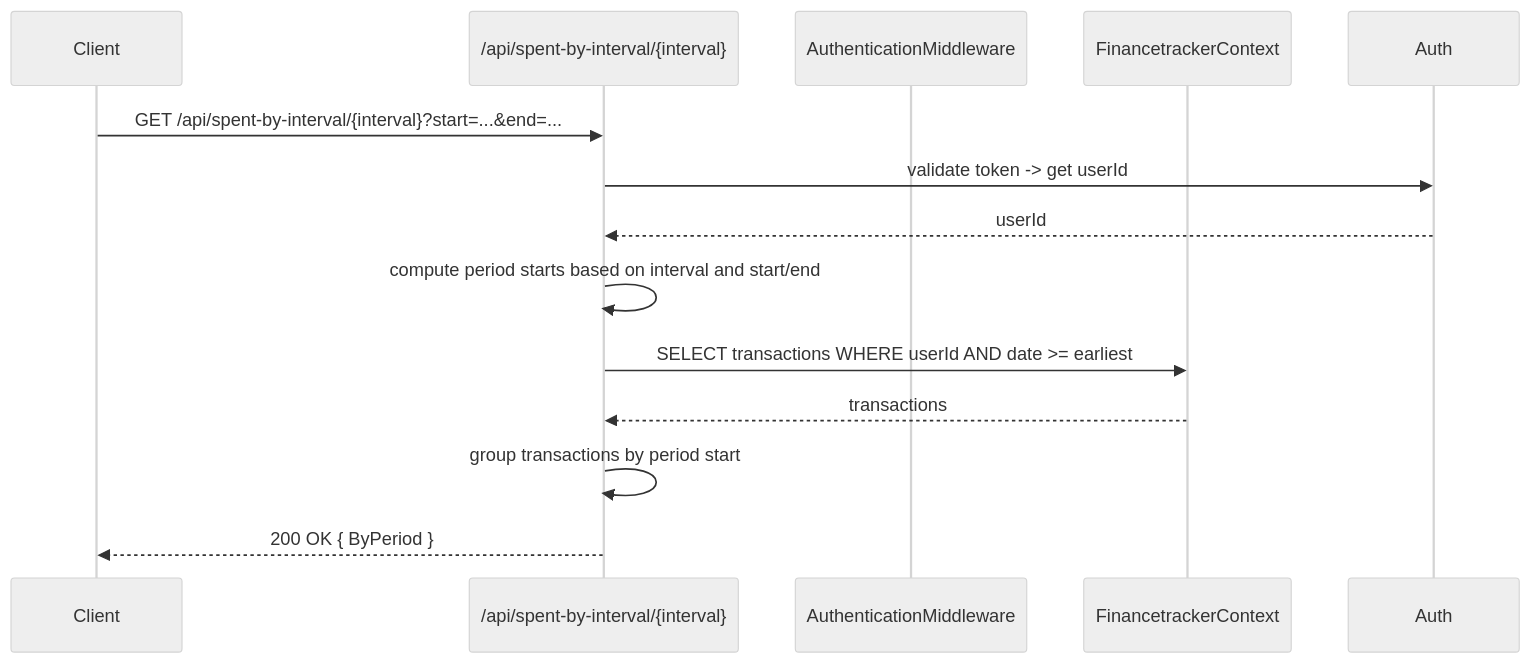
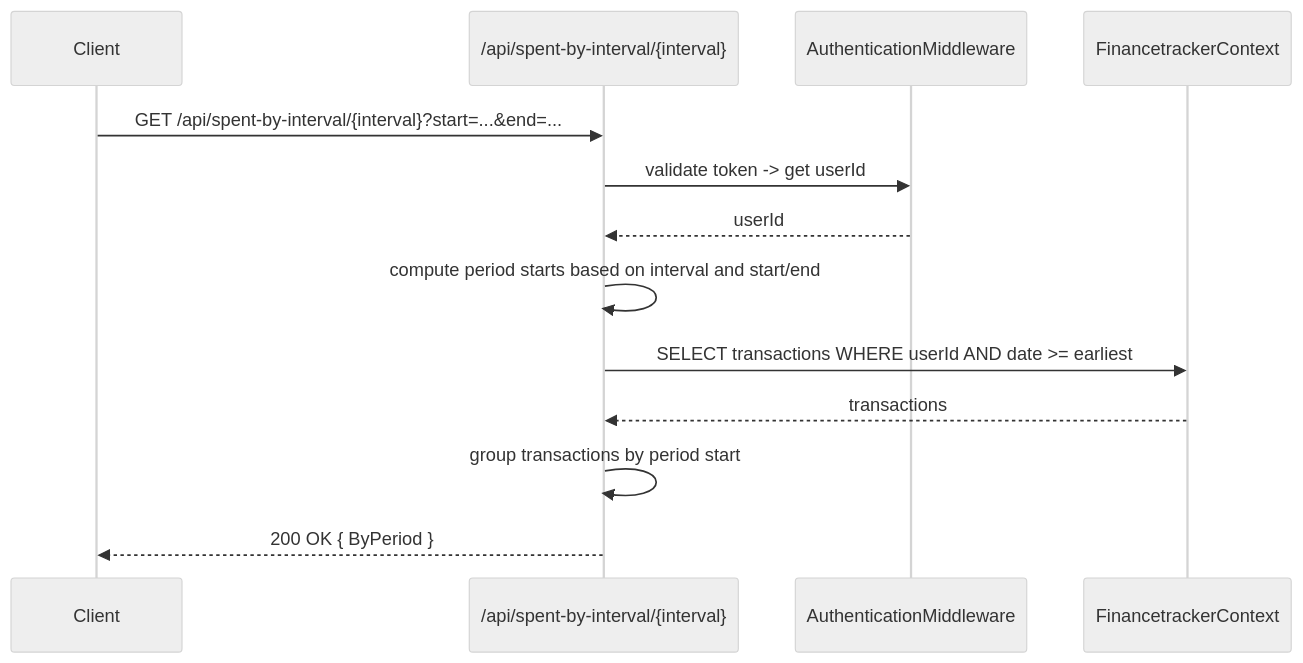
One commit to cimpa2004/financeTracker changed the diagram in docs/sequence-diagrams/statistics/diagrams/statistics-by-interval_1.mmd. Above: the diagram before and after it, drawn with Mermaid (neutral theme). The commit also changed 7 other files, not shown here.

```diff
--- a/docs/sequence-diagrams/statistics/diagrams/statistics-by-interval_1.mmd
+++ b/docs/sequence-diagrams/statistics/diagrams/statistics-by-interval_1.mmd
@@ -1,14 +1,15 @@
+
 sequenceDiagram
     participant Client
     participant API as /api/spent-by-interval/{interval}
     participant AuthenticationMiddleware
     participant Db as FinancetrackerContext
 
     Client->>API: GET /api/spent-by-interval/{interval}?start=...&end=...
-    API->>Auth: validate token -> get userId
-    Auth-->>API: userId
+    API->>AuthenticationMiddleware: validate token -> get userId
+    AuthenticationMiddleware-->>API: userId
     API->>API: compute period starts based on interval and start/end
     API->>Db: SELECT transactions WHERE userId AND date >= earliest
     Db-->>API: transactions
     API->>API: group transactions by period start
     API-->>Client: 200 OK { ByPeriod }
```
